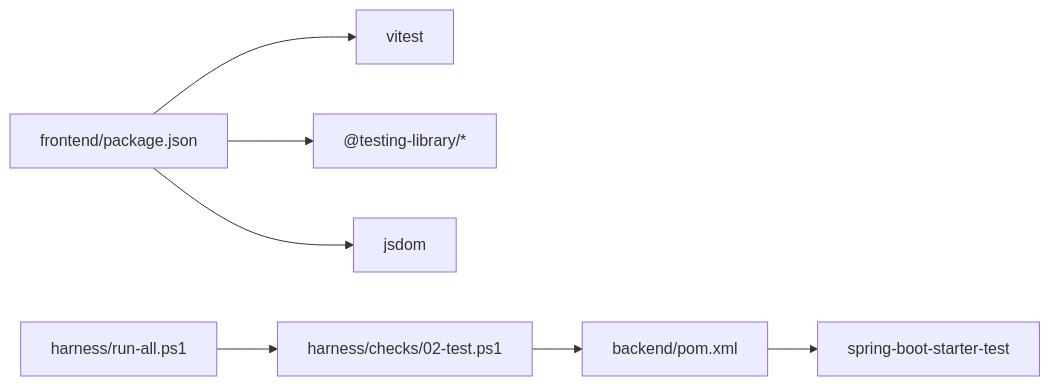
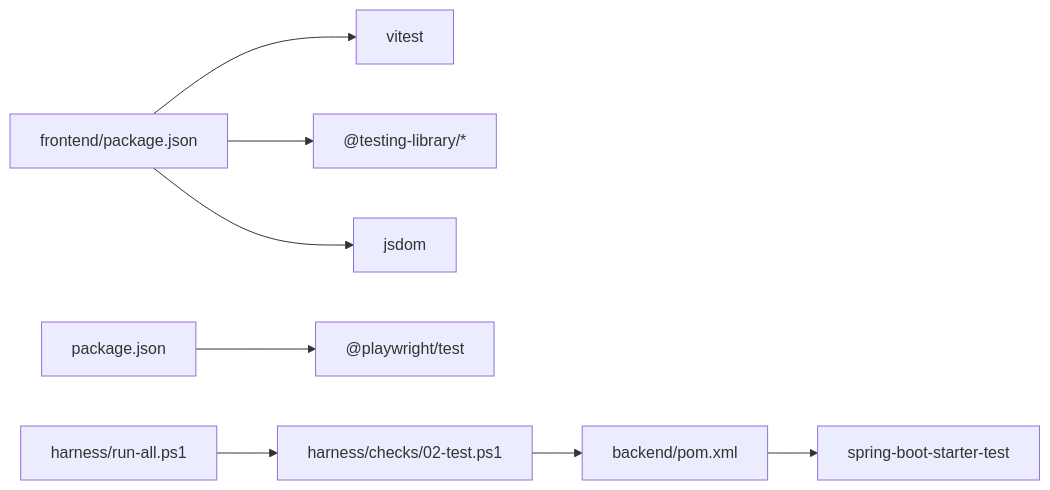
One commit to luyitiger6/my-first-project changed the seventh of 7 diagrams in .qoder/repowiki/zh/content/测试策略.md. Above: the diagram before and after it, drawn with Mermaid. The commit also changed other lines of this file and 33 other files, not shown here.

````diff
--- a/.qoder/repowiki/zh/content/测试策略.md
+++ b/.qoder/repowiki/zh/content/测试策略.md
@@ -246,9 +367,10 @@
 ```mermaid
 graph LR
 POM["backend/pom.xml"] --> ST["spring-boot-starter-test"]
 PKG["frontend/package.json"] --> VIT["vitest"]
 PKG --> RTL["@testing-library/*"]
 PKG --> JSDOM["jsdom"]
+ROOT_PKG["package.json"] --> PW["@playwright/test"]
 RUN["harness/run-all.ps1"] --> TESTGATE["harness/checks/02-test.ps1"]
 TESTGATE --> POM
 ```
````
